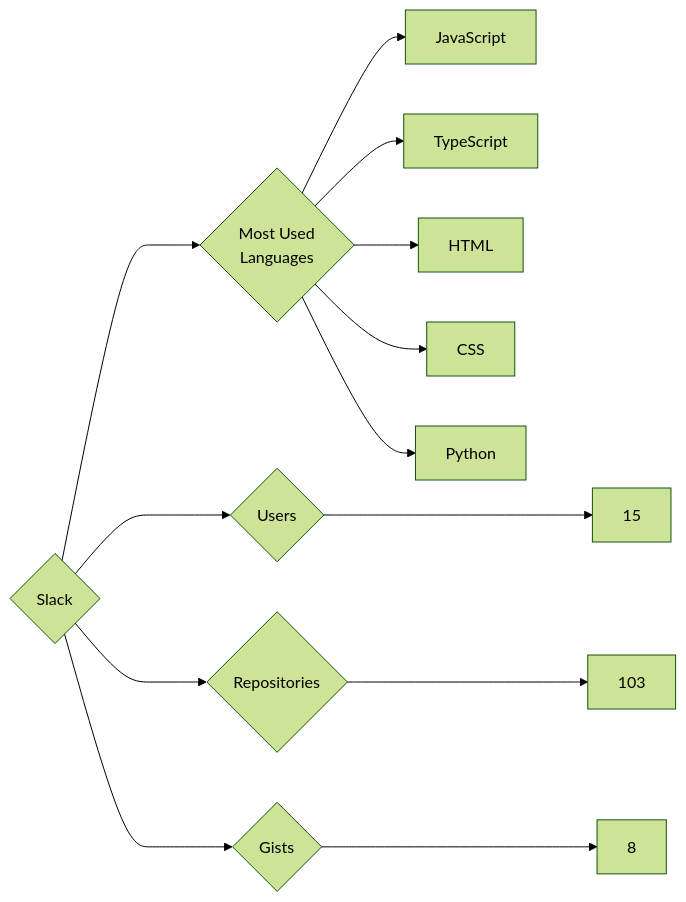
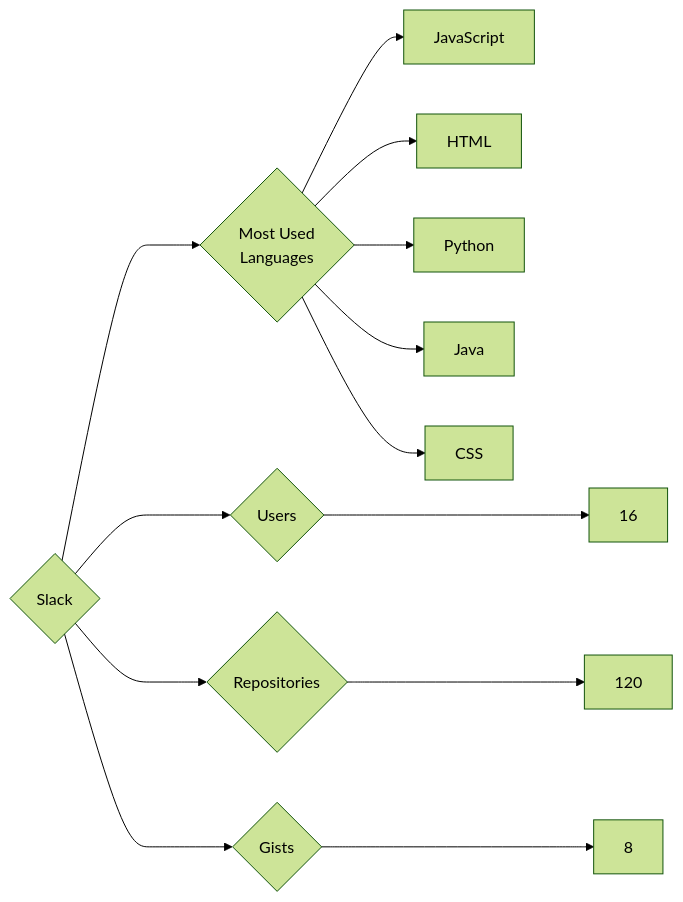
One commit to trickest/insiders changed the diagram in targets/Slack/README.md. Above: the diagram before and after it, drawn with Mermaid (forest theme). The commit also changed 682 other files, not shown here.

````diff
--- a/targets/Slack/README.md
+++ b/targets/Slack/README.md
@@ -3,13 +3,13 @@
 ```mermaid
 graph LR
 COMPANY_NAME{Slack}
-COMPANY_NAME ---> U{Users} ---> UN[15]
-COMPANY_NAME ---> R{Repositories} ---> RN[103]
+COMPANY_NAME ---> U{Users} ---> UN[16]
+COMPANY_NAME ---> R{Repositories} ---> RN[120]
 COMPANY_NAME ---> G{Gists} ---> GN[8]
 COMPANY_NAME ---> ML{Most Used<br>Languages}
 ML --> JavaScript[JavaScript]
-ML --> TypeScript[TypeScript]
 ML --> HTML[HTML]
+ML --> Python[Python]
+ML --> Java[Java]
 ML --> CSS[CSS]
-ML --> Python[Python]
 ```
````
